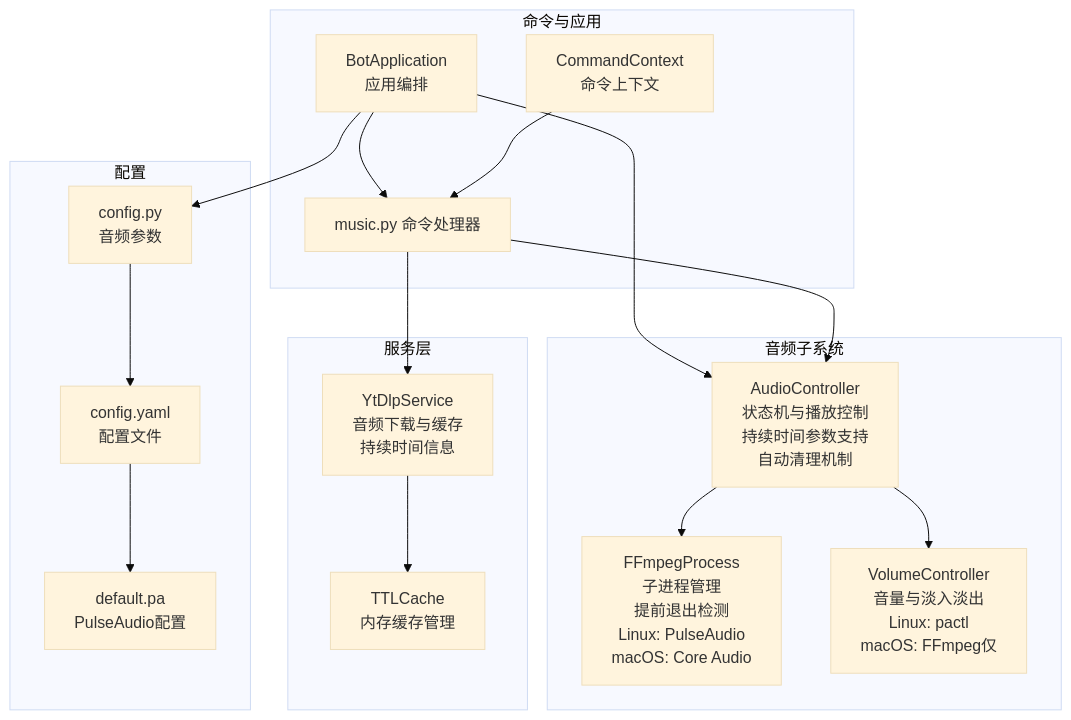
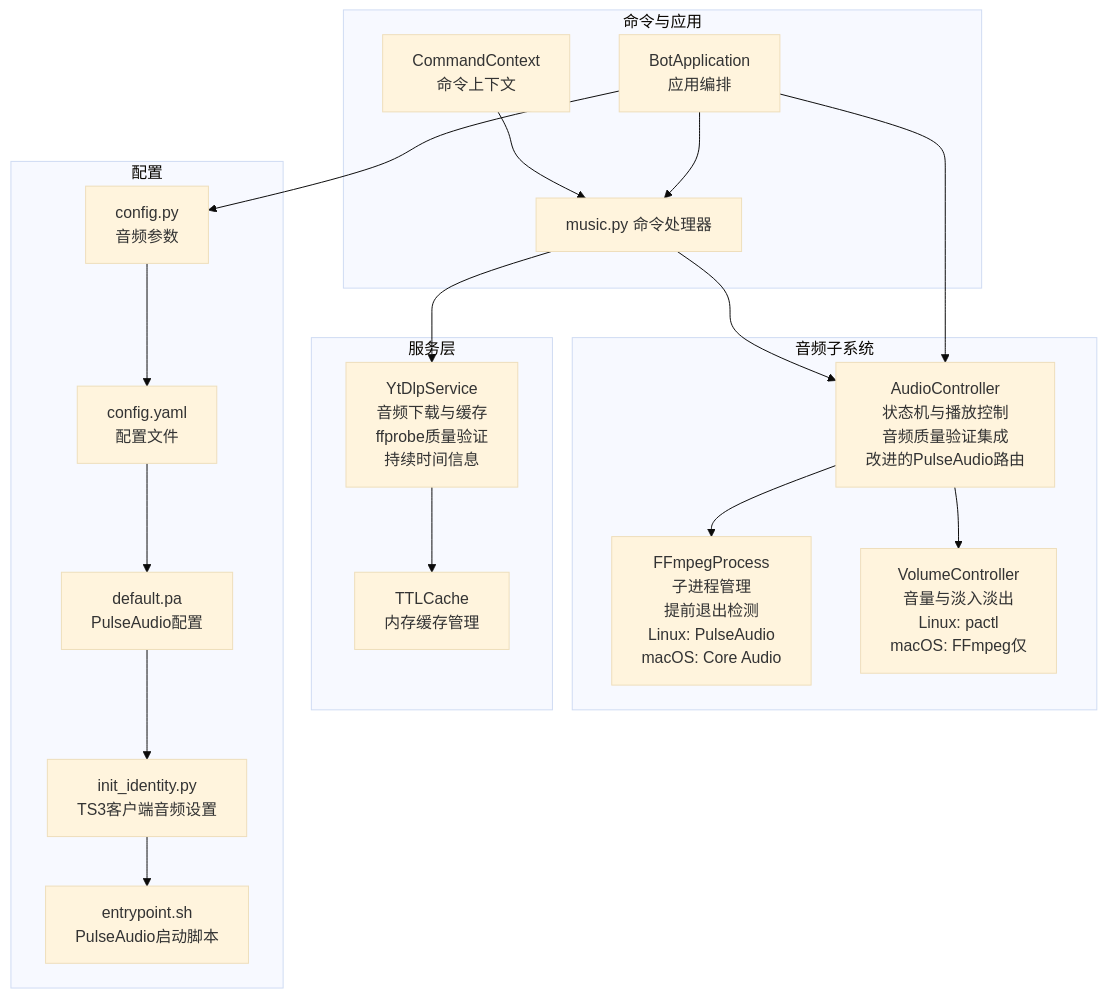
One commit to GhoulOwl/Teamspeak3_Bot changed the first of 11 diagrams in .qoder/repowiki/zh/content/音乐播放系统/音频控制器.md. Above: the diagram before and after it, drawn with Mermaid (base theme). The commit also changed other lines of this file and 6 other files, not shown here.

````diff
--- a/.qoder/repowiki/zh/content/音乐播放系统/音频控制器.md
+++ b/.qoder/repowiki/zh/content/音乐播放系统/音频控制器.md
@@ -58,33 +62,37 @@
 ```mermaid
 graph TB
 subgraph "音频子系统"
-AC["AudioController<br/>状态机与播放控制<br/>持续时间参数支持<br/>自动清理机制"]
+AC["AudioController<br/>状态机与播放控制<br/>音频质量验证集成<br/>改进的PulseAudio路由"]
 FFM["FFmpegProcess<br/>子进程管理<br/>提前退出检测<br/>Linux: PulseAudio<br/>macOS: Core Audio"]
 VOL["VolumeController<br/>音量与淡入淡出<br/>Linux: pactl<br/>macOS: FFmpeg仅"]
 end
 subgraph "命令与应用"
 APP["BotApplication<br/>应用编排"]
 CMD["music.py 命令处理器"]
 CTX["CommandContext<br/>命令上下文"]
 end
 subgraph "服务层"
-YTDL["YtDlpService<br/>音频下载与缓存<br/>持续时间信息"]
+YTDL["YtDlpService<br/>音频下载与缓存<br/>ffprobe质量验证<br/>持续时间信息"]
 CACHE["TTLCache<br/>内存缓存管理"]
 end
 subgraph "配置"
 CFG["config.py<br/>音频参数"]
 YAML["config.yaml<br/>配置文件"]
 PA["default.pa<br/>PulseAudio配置"]
+TS3["init_identity.py<br/>TS3客户端音频设置"]
+ENDPT["entrypoint.sh<br/>PulseAudio启动脚本"]
 end
 AC --> FFM
 AC --> VOL
 APP --> AC
 APP --> CMD
 CMD --> AC
 CMD --> YTDL
 YTDL --> CACHE
 CTX --> CMD
 APP --> CFG
 CFG --> YAML
 YAML --> PA
+PA --> TS3
+TS3 --> ENDPT
 ```
````
